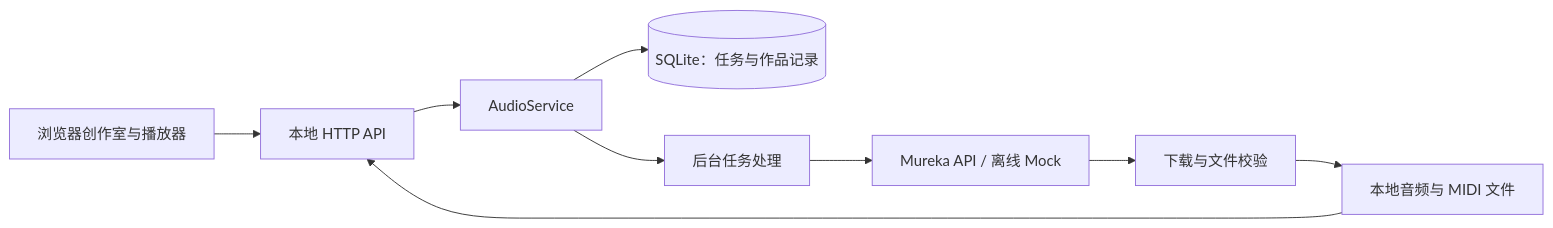
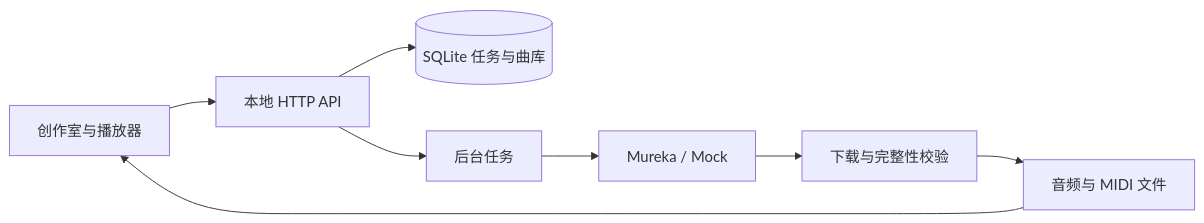
Before and after one commit to Wang-Zhongke/BeatMate: the diagram in README.md, drawn with Mermaid. The commit also changed other lines of this file and 130 other files, not shown here.

````diff
--- a/README.md
+++ b/README.md
@@ -127,11 +96,10 @@
 ```mermaid
 flowchart LR
-    UI[浏览器创作室与播放器] --> API[本地 HTTP API]
-    API --> Service[AudioService]
-    Service --> DB[(SQLite：任务与作品记录)]
-    Service --> Worker[后台任务处理]
-    Worker --> Provider[Mureka API / 离线 Mock]
-    Provider --> Check[下载与文件校验]
-    Check --> Files[本地音频与 MIDI 文件]
-    Files --> API
+    UI[创作室与播放器] --> API[本地 HTTP API]
+    API --> DB[(SQLite 任务与曲库)]
+    API --> Worker[后台任务]
+    Worker --> Provider[Mureka / Mock]
+    Provider --> Verify[下载与完整性校验]
+    Verify --> Files[音频与 MIDI 文件]
+    Files --> UI
 ```
````
